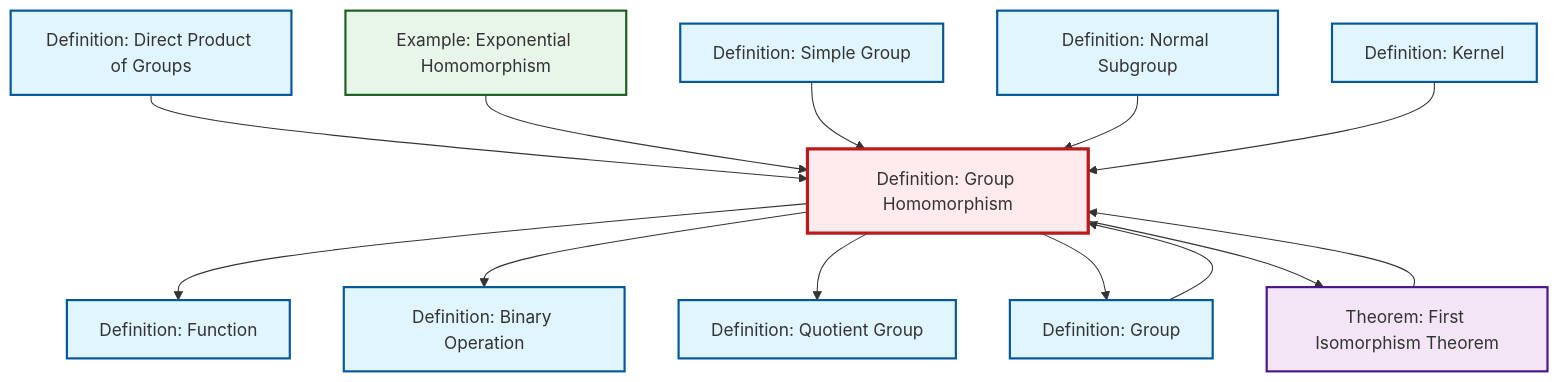
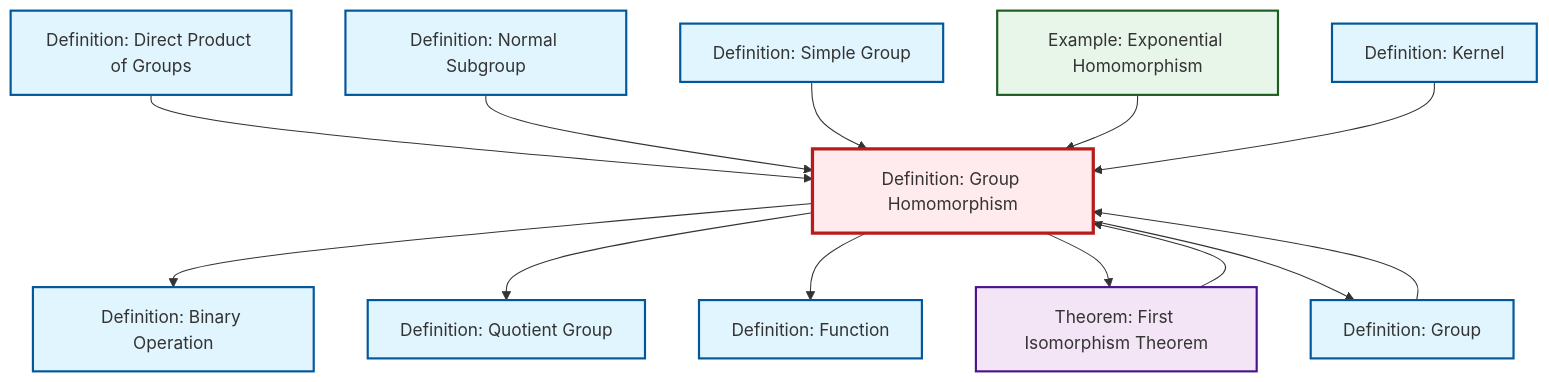
The diagram in content/en/algebra/def-homomorphism.qmd (RK0429/ModernMath), drawn with Mermaid before and after one commit. The commit also changed other lines of this file and 18 other files, not shown here.

````diff
--- a/content/en/algebra/def-homomorphism.qmd
+++ b/content/en/algebra/def-homomorphism.qmd
@@ -62,43 +62,43 @@
 ```{mermaid}
 %%| fig-cap: "Local dependency graph"
 graph TD
     classDef definition fill:#e1f5fe,stroke:#01579b,stroke-width:2px
     classDef theorem fill:#f3e5f5,stroke:#4a148c,stroke-width:2px
     classDef axiom fill:#fff3e0,stroke:#e65100,stroke-width:2px
     classDef example fill:#e8f5e9,stroke:#1b5e20,stroke-width:2px
     classDef current fill:#ffebee,stroke:#b71c1c,stroke-width:3px
+    def-homomorphism["Definition: Group Homomorphism"]:::definition
+    def-group["Definition: Group"]:::definition
+    def-function["Definition: Function"]:::definition
+    thm-first-isomorphism["Theorem: First Isomorphism Theorem"]:::theorem
     def-quotient-group["Definition: Quotient Group"]:::definition
     ex-exponential-homomorphism["Example: Exponential Homomorphism"]:::example
+    def-binary-operation["Definition: Binary Operation"]:::definition
+    def-simple-group["Definition: Simple Group"]:::definition
     def-direct-product["Definition: Direct Product of Groups"]:::definition
     def-kernel["Definition: Kernel"]:::definition
-    def-simple-group["Definition: Simple Group"]:::definition
-    def-group["Definition: Group"]:::definition
-    def-binary-operation["Definition: Binary Operation"]:::definition
-    def-function["Definition: Function"]:::definition
-    def-homomorphism["Definition: Group Homomorphism"]:::definition
     def-normal-subgroup["Definition: Normal Subgroup"]:::definition
-    thm-first-isomorphism["Theorem: First Isomorphism Theorem"]:::theorem
-    def-group --> def-homomorphism
+    def-homomorphism --> def-binary-operation
     def-direct-product --> def-homomorphism
-    def-homomorphism --> def-function
-    ex-exponential-homomorphism --> def-homomorphism
-    thm-first-isomorphism --> def-homomorphism
-    def-simple-group --> def-homomorphism
-    def-homomorphism --> def-binary-operation
     def-homomorphism --> def-quotient-group
     def-normal-subgroup --> def-homomorphism
+    def-group --> def-homomorphism
+    def-simple-group --> def-homomorphism
+    def-homomorphism --> def-function
+    def-homomorphism --> thm-first-isomorphism
+    ex-exponential-homomorphism --> def-homomorphism
+    def-kernel --> def-homomorphism
     def-homomorphism --> def-group
-    def-kernel --> def-homomorphism
-    def-homomorphism --> thm-first-isomorphism
+    thm-first-isomorphism --> def-homomorphism
     class def-homomorphism current
+    click def-group "def-group.html" "Go to Group definition"
+    click def-function "def-function.html" "Go to Function definition"
+    click thm-first-isomorphism "thm-first-isomorphism.html" "Go to First Isomorphism Theorem theorem"
     click def-quotient-group "def-quotient-group.html" "Go to Quotient Group definition"
     click ex-exponential-homomorphism "ex-exponential-homomorphism.html" "Go to Exponential Homomorphism example"
+    click def-binary-operation "def-binary-operation.html" "Go to Binary Operation definition"
+    click def-simple-group "def-simple-group.html" "Go to Simple Group definition"
     click def-direct-product "def-direct-product.html" "Go to Direct Product of Groups definition"
     click def-kernel "def-kernel.html" "Go to Kernel definition"
-    click def-simple-group "def-simple-group.html" "Go to Simple Group definition"
-    click def-group "def-group.html" "Go to Group definition"
-    click def-binary-operation "def-binary-operation.html" "Go to Binary Operation definition"
-    click def-function "def-function.html" "Go to Function definition"
     click def-normal-subgroup "def-normal-subgroup.html" "Go to Normal Subgroup definition"
-    click thm-first-isomorphism "thm-first-isomorphism.html" "Go to First Isomorphism Theorem theorem"
 ```
````
